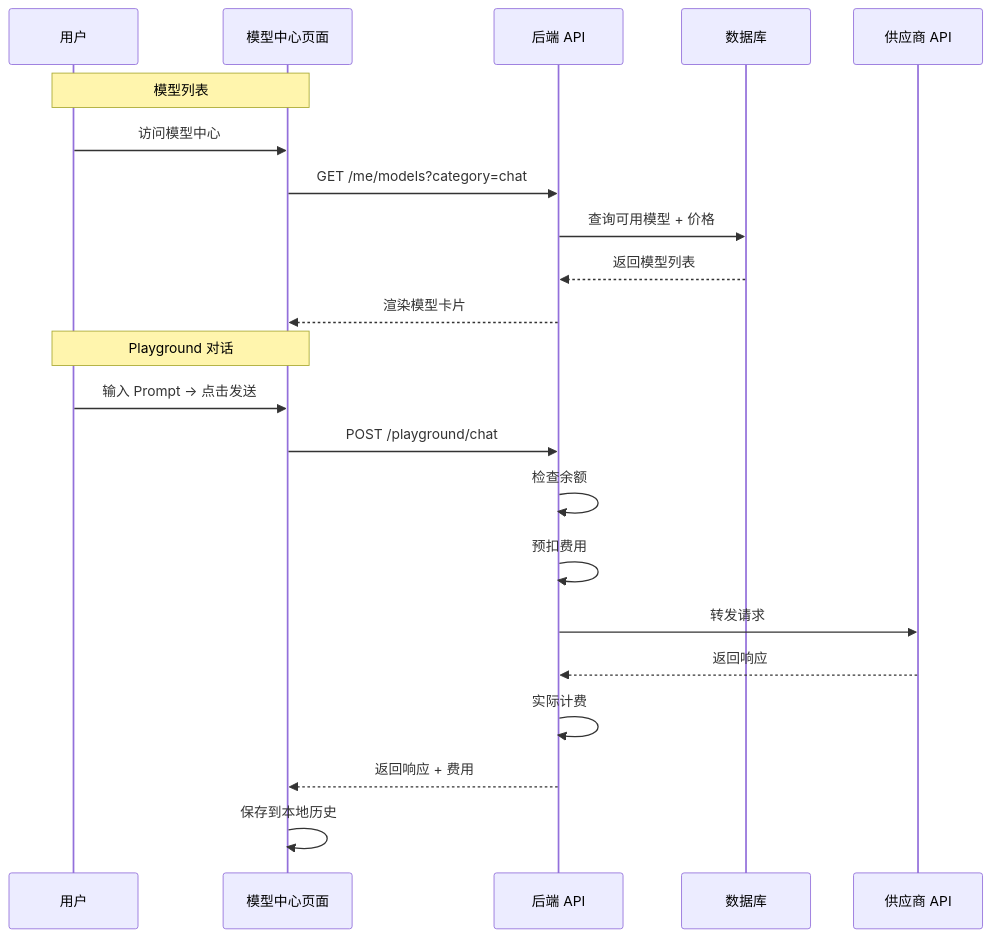
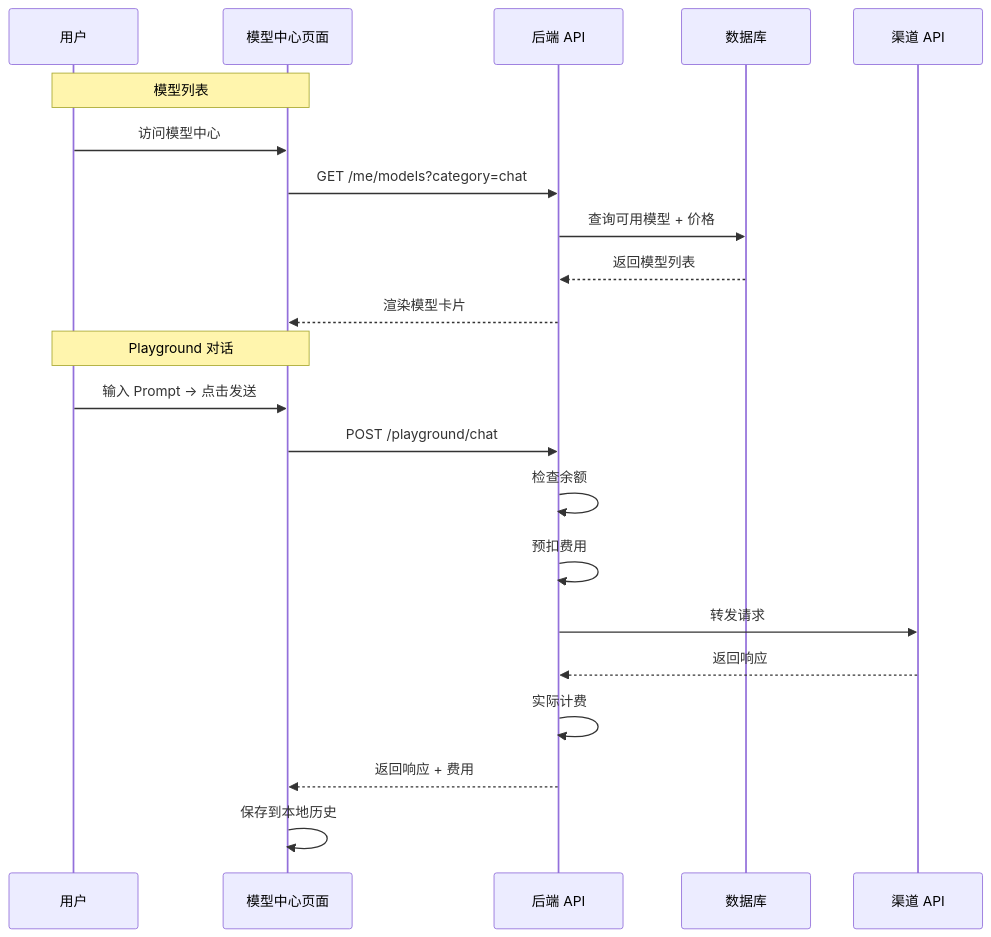
The diagram in docs/ref-2.2.2-model-center.md (k19008800/3c), drawn with Mermaid before and after one commit. The commit also changed other lines of this file and 616 other files, not shown here.

````diff
--- a/docs/ref-2.2.2-model-center.md
+++ b/docs/ref-2.2.2-model-center.md
@@ -350,26 +350,26 @@
 ```mermaid
 sequenceDiagram
     participant U as 用户
     participant MC as 模型中心页面
     participant API as 后端 API
     participant DB as 数据库
-    participant V as 供应商 API
+    participant V as 渠道 API
 
     Note over U,MC: 模型列表
     U->>MC: 访问模型中心
     MC->>API: GET /me/models?category=chat
     API->>DB: 查询可用模型 + 价格
     DB-->>API: 返回模型列表
     API-->>MC: 渲染模型卡片
 
     Note over U,MC: Playground 对话
     U->>MC: 输入 Prompt → 点击发送
     MC->>API: POST /playground/chat
     API->>API: 检查余额
     API->>API: 预扣费用
     API->>V: 转发请求
     V-->>API: 返回响应
     API->>API: 实际计费
     API-->>MC: 返回响应 + 费用
     MC->>MC: 保存到本地历史
 ```
````
